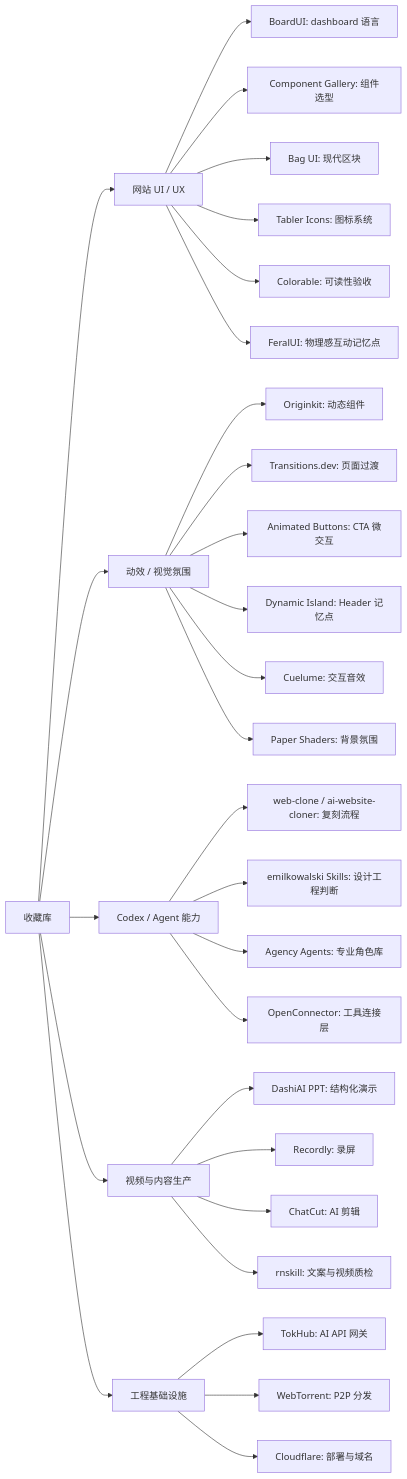
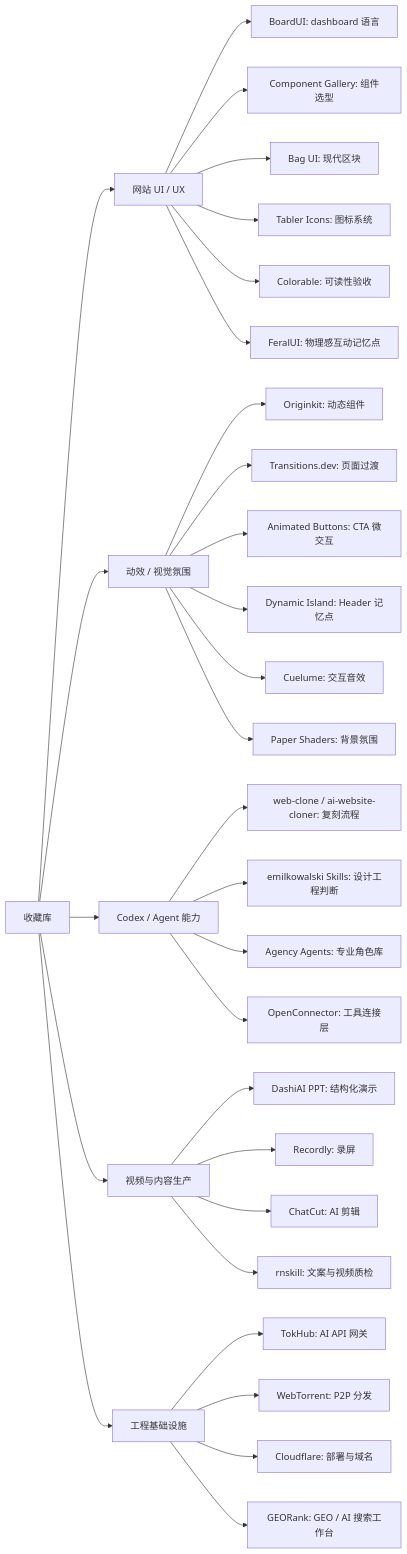
The diagram in _索引/多媒体收藏地图.md (youfei0719/glint-vault), drawn with Mermaid before and after one commit. The commit also changed other lines of this file and 12 other files, not shown here.

````diff
--- a/_索引/多媒体收藏地图.md
+++ b/_索引/多媒体收藏地图.md
@@ -112,36 +113,37 @@
 ```mermaid
 flowchart LR
   A["收藏库"] --> B["网站 UI / UX"]
   A --> C["动效 / 视觉氛围"]
   A --> D["Codex / Agent 能力"]
   A --> E["视频与内容生产"]
   A --> F["工程基础设施"]
 
   B --> B1["BoardUI: dashboard 语言"]
   B --> B2["Component Gallery: 组件选型"]
   B --> B3["Bag UI: 现代区块"]
   B --> B4["Tabler Icons: 图标系统"]
   B --> B5["Colorable: 可读性验收"]
   B --> B6["FeralUI: 物理感互动记忆点"]
 
   C --> C1["Originkit: 动态组件"]
   C --> C2["Transitions.dev: 页面过渡"]
   C --> C3["Animated Buttons: CTA 微交互"]
   C --> C4["Dynamic Island: Header 记忆点"]
   C --> C5["Cuelume: 交互音效"]
   C --> C6["Paper Shaders: 背景氛围"]
 
   D --> D1["web-clone / ai-website-cloner: 复刻流程"]
   D --> D2["emilkowalski Skills: 设计工程判断"]
   D --> D3["Agency Agents: 专业角色库"]
   D --> D4["OpenConnector: 工具连接层"]
 
   E --> E1["DashiAI PPT: 结构化演示"]
   E --> E2["Recordly: 录屏"]
   E --> E3["ChatCut: AI 剪辑"]
   E --> E4["rnskill: 文案与视频质检"]
 
   F --> F1["TokHub: AI API 网关"]
   F --> F2["WebTorrent: P2P 分发"]
   F --> F3["Cloudflare: 部署与域名"]
+  F --> F4["GEORank: GEO / AI 搜索工作台"]
 ```
````
